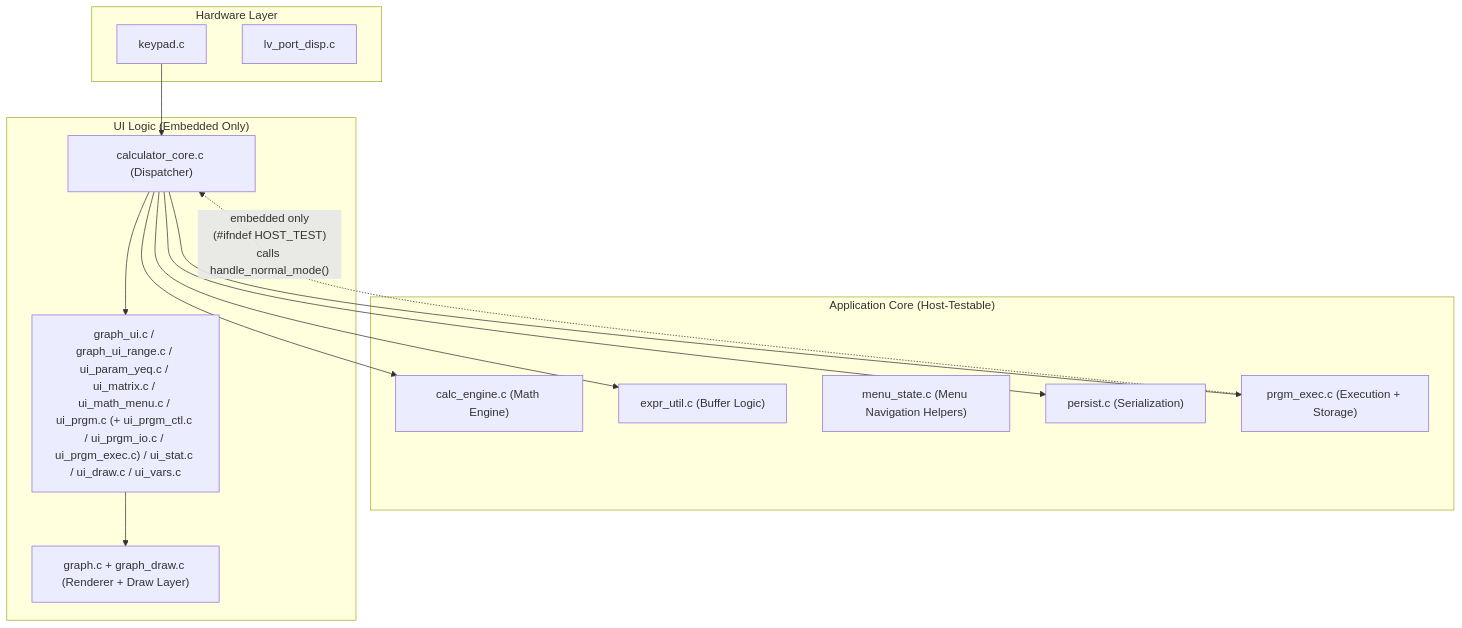
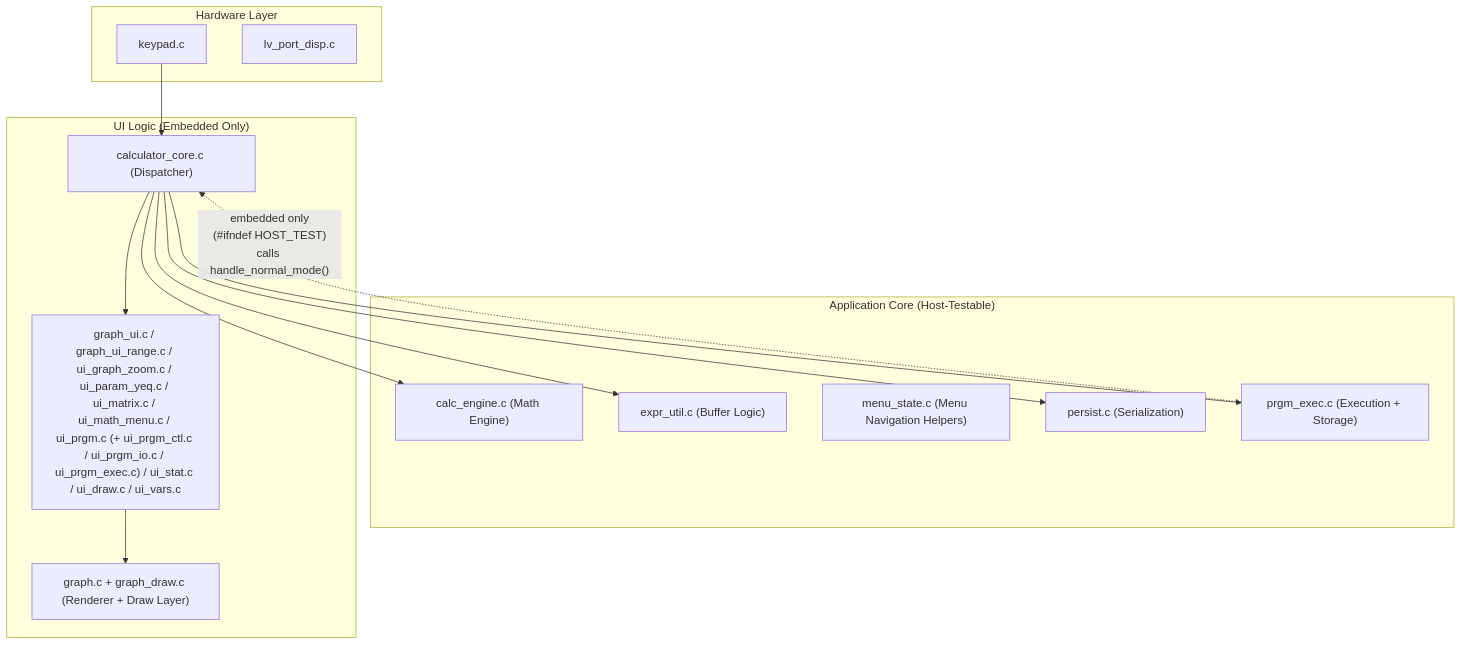
One commit to mndxc/STM32F429-TI81-Calculator changed the second of 2 diagrams in docs/ARCHITECTURE.md. Above: the diagram before and after it, drawn with Mermaid. The commit also changed 9 other files, not shown here.

First line of the commit message:
refactor: extract ZOOM menu from graph_ui.c to ui_graph_zoom.c (INTERFACE_REFACTOR_PLAN Item 4)

````diff
--- a/docs/ARCHITECTURE.md
+++ b/docs/ARCHITECTURE.md
@@ -47,30 +47,30 @@
 ```mermaid
 graph TD
     subgraph "Hardware Layer"
         HW_K["keypad.c"]
         HW_D["lv_port_disp.c"]
     end
 
     subgraph "Application Core (Host-Testable)"
         CE["calc_engine.c (Math Engine)"]
         EU["expr_util.c (Buffer Logic)"]
         MS["menu_state.c (Menu Navigation Helpers)"]
         PE["persist.c (Serialization)"]
         PRE["prgm_exec.c (Execution + Storage)"]
     end
 
     subgraph "UI Logic (Embedded Only)"
         CC["calculator_core.c (Dispatcher)"]
-        GUI["graph_ui.c / graph_ui_range.c / ui_param_yeq.c / ui_matrix.c / ui_math_menu.c / ui_prgm.c (+ ui_prgm_ctl.c / ui_prgm_io.c / ui_prgm_exec.c) / ui_stat.c / ui_draw.c / ui_vars.c"]
+        GUI["graph_ui.c / graph_ui_range.c / ui_graph_zoom.c / ui_param_yeq.c / ui_matrix.c / ui_math_menu.c / ui_prgm.c (+ ui_prgm_ctl.c / ui_prgm_io.c / ui_prgm_exec.c) / ui_stat.c / ui_draw.c / ui_vars.c"]
         G["graph.c + graph_draw.c (Renderer + Draw Layer)"]
     end
 
     HW_K --> CC
     CC --> GUI
     CC --> CE
     CC --> EU
     CC --> PE
     CC --> PRE
     GUI --> G
     PRE -. "embedded only\n(#ifndef HOST_TEST)\ncalls handle_normal_mode()" .-> CC
 ```
````
